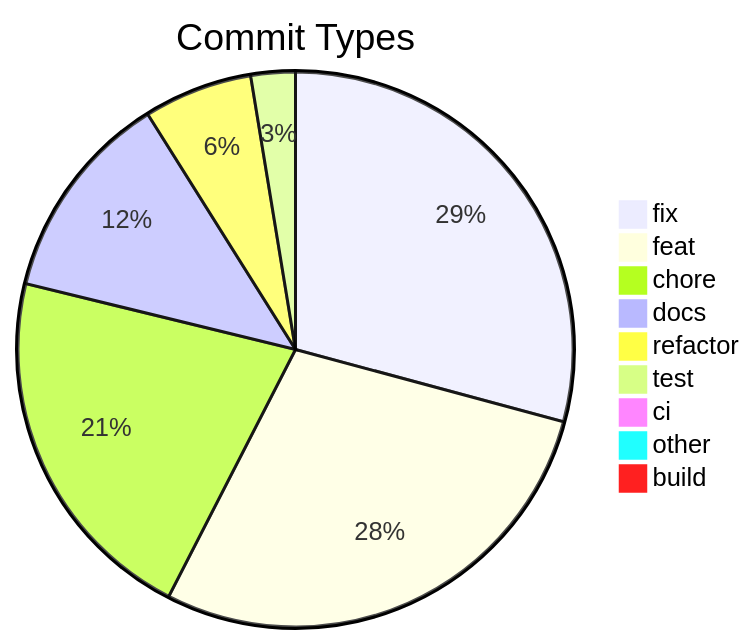
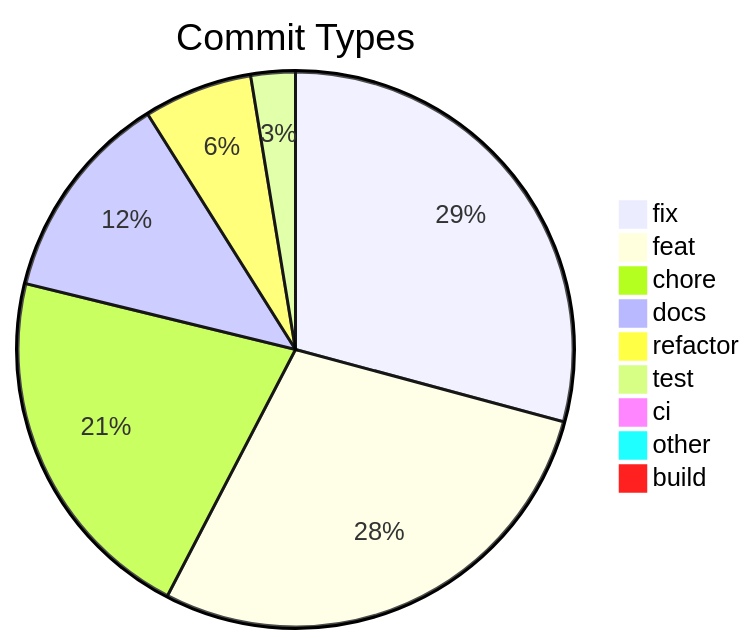
One commit to svenroth-ai/shipwright changed the diagram in .shipwright/compliance/change-history.md. Above: the diagram before and after it, drawn with Mermaid. The commit also changed other lines of this file and 9 other files, not shown here.

````diff
--- a/.shipwright/compliance/change-history.md
+++ b/.shipwright/compliance/change-history.md
@@ -9,12 +9,12 @@
 ```mermaid
 pie title Commit Types
     "fix" : 350
-    "feat" : 340
-    "chore" : 255
+    "feat" : 341
+    "chore" : 254
     "docs" : 147
     "refactor" : 76
     "test" : 31
     "ci" : 11
     "other" : 9
     "build" : 1
 ```
````
